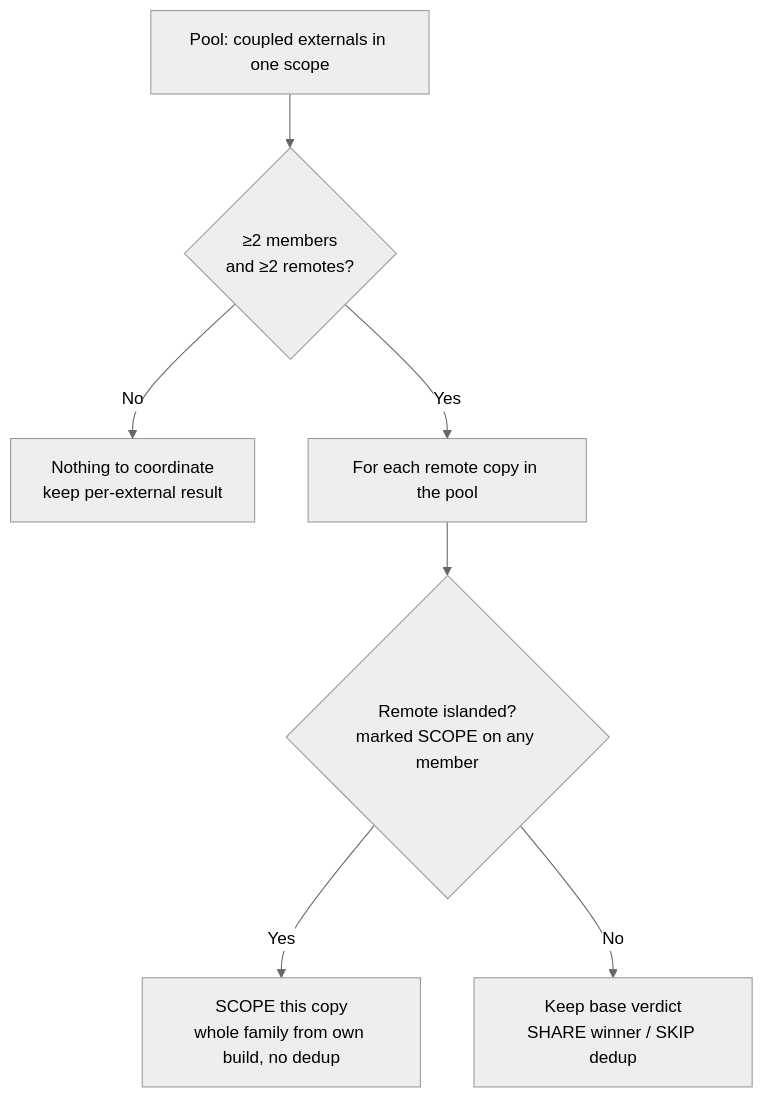
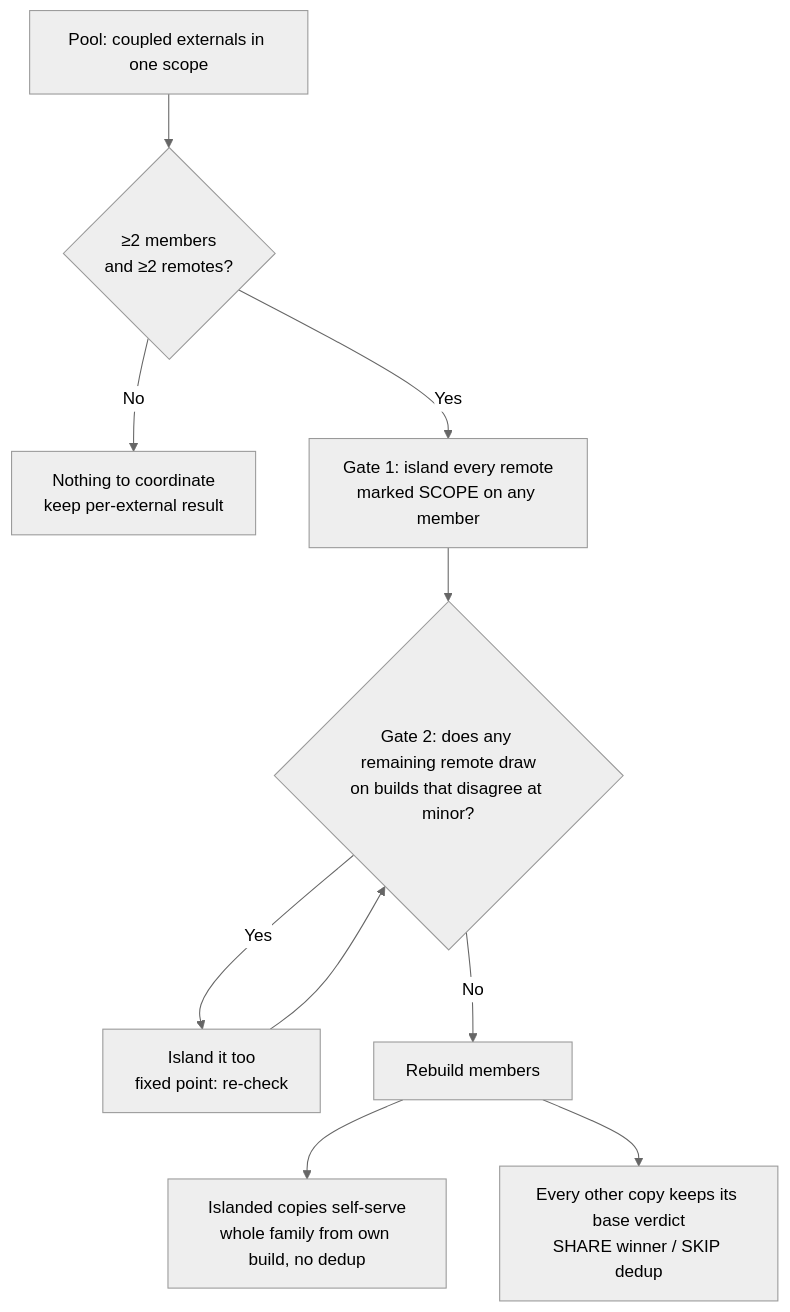
One commit to native-federation/orchestrator changed the sixth of 11 diagrams in docs/version-resolver.md. Above: the diagram before and after it, drawn with Mermaid (neutral theme). The commit also changed other lines of this file and 3 other files, not shown here.

````diff
--- a/docs/version-resolver.md
+++ b/docs/version-resolver.md
@@ -603,9 +634,12 @@
 ```mermaid
 flowchart TD
     A[Pool: coupled externals in one scope] --> B{≥2 members<br/>and ≥2 remotes?}
     B -->|No| Z[Nothing to coordinate<br/>keep per-external result]
-    B -->|Yes| C[For each remote copy in the pool]
-    C --> D{Remote islanded?<br/>marked SCOPE on any member}
-    D -->|Yes| E[SCOPE this copy<br/>whole family from own build, no dedup]
-    D -->|No| F[Keep base verdict<br/>SHARE winner / SKIP dedup]
+    B -->|Yes| C[Gate 1: island every remote<br/>marked SCOPE on any member]
+    C --> D{Gate 2: does any remaining remote draw<br/>on builds that disagree at minor?}
+    D -->|Yes| E[Island it too<br/>fixed point: re-check]
+    E --> D
+    D -->|No| F[Rebuild members]
+    F --> G[Islanded copies self-serve<br/>whole family from own build, no dedup]
+    F --> H[Every other copy keeps its base verdict<br/>SHARE winner / SKIP dedup]
 ```
````
